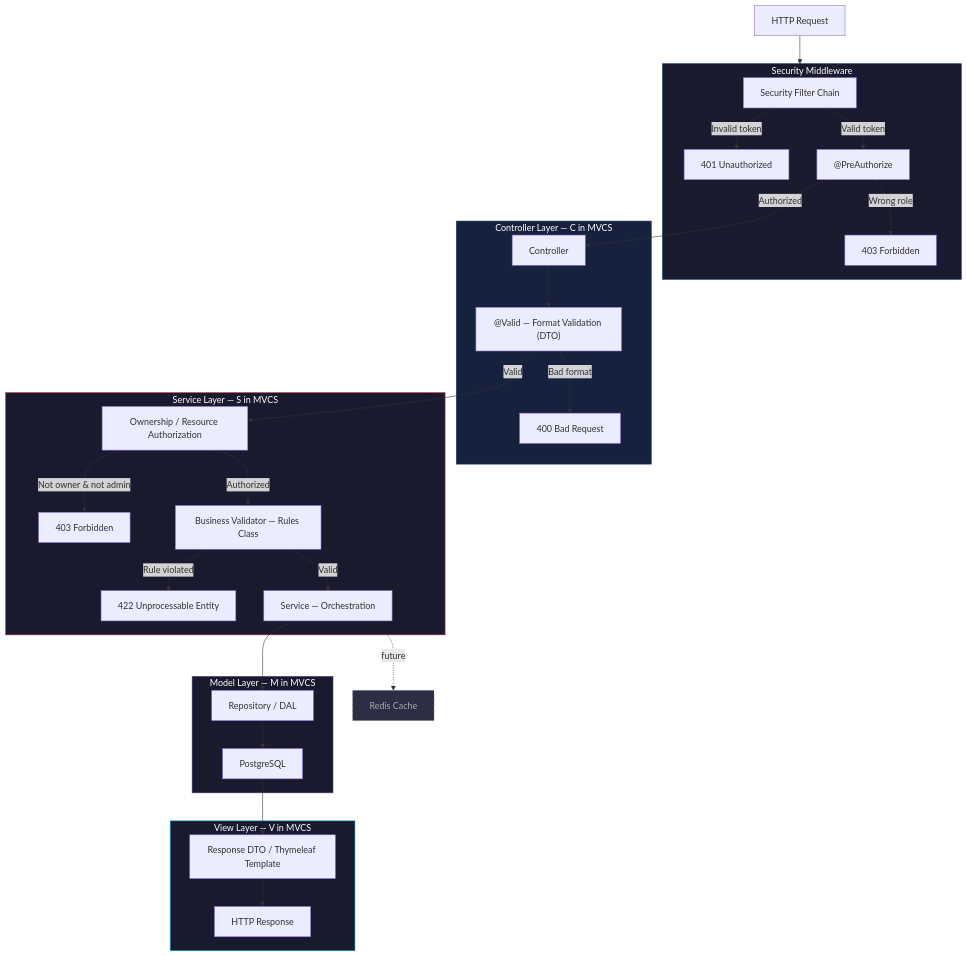
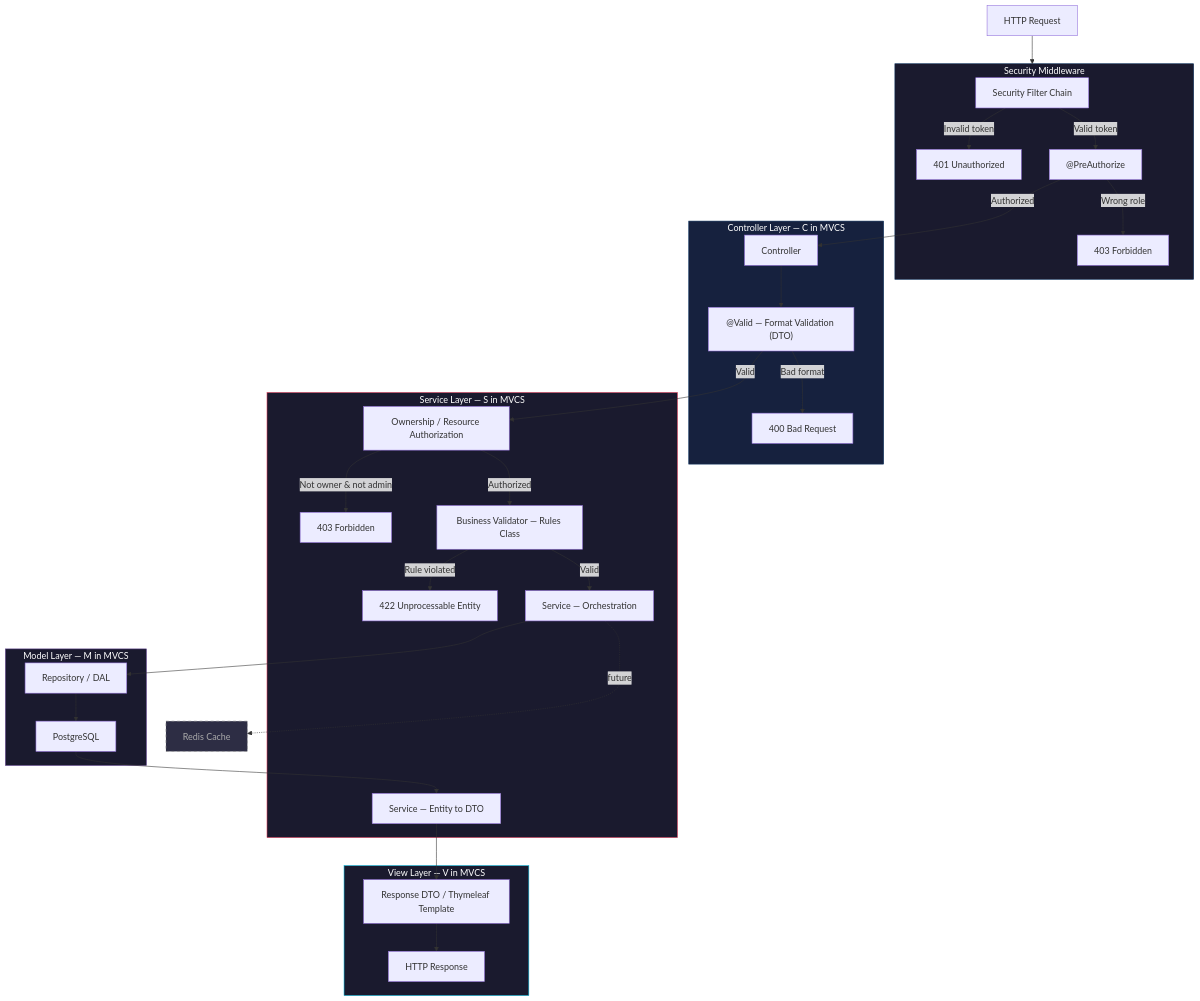
The first of 3 diagrams in docs/ARCHITECTURE.md (experiment001-on-secret-2500blobs129124/cpmss), drawn with Mermaid before and after one commit. The commit also changed other lines of this file and 4 other files, not shown here.

````diff
--- a/docs/ARCHITECTURE.md
+++ b/docs/ARCHITECTURE.md
@@ -19,51 +19,54 @@
 ```mermaid
 flowchart TD
     A["HTTP Request"] --> SEC
 
     subgraph SEC ["Security Middleware"]
         B["Security Filter Chain"]
         B -->|"Invalid token"| B1["401 Unauthorized"]
         B -->|"Valid token"| C["@PreAuthorize"]
         C -->|"Wrong role"| C1["403 Forbidden"]
     end
 
     C -->|"Authorized"| D
 
     subgraph CTRL ["Controller Layer — C in MVCS"]
         D["Controller"]
         D --> E["@Valid — Format Validation (DTO)"]
         E -->|"Bad format"| E1["400 Bad Request"]
     end
 
     E -->|"Valid"| F
 
     subgraph SVC ["Service Layer — S in MVCS"]
         F["Ownership / Resource Authorization"]
         F -->|"Not owner & not admin"| F1["403 Forbidden"]
         F -->|"Authorized"| G["Business Validator — Rules Class"]
         G -->|"Rule violated"| G1["422 Unprocessable Entity"]
         G -->|"Valid"| H["Service — Orchestration"]
+        H2["Service — Entity to DTO"]
     end
 
     subgraph MDL ["Model Layer — M in MVCS"]
         I["Repository / DAL"]
         I --> J["PostgreSQL"]
     end
 
     H --> I
-    H -.->|"future"| R["Redis Cache"]
+    J --> H2
+
+    H -..->|"future"| R["Redis Cache"]
 
     subgraph VW ["View Layer — V in MVCS"]
         K["Response DTO / Thymeleaf Template"]
         K --> L["HTTP Response"]
     end
 
-    J --> K
+    H2 --> K
 
     style SEC fill:#1a1a2e,stroke:#0f3460,color:#fff
     style CTRL fill:#16213e,stroke:#0f3460,color:#fff
     style SVC fill:#1a1a2e,stroke:#e94560,color:#fff
     style MDL fill:#1a1a2e,stroke:#533483,color:#fff
     style VW fill:#1a1a2e,stroke:#00b4d8,color:#fff
     style R fill:#2d2d44,stroke:#888,stroke-dasharray: 5 5,color:#aaa
 ```
````
